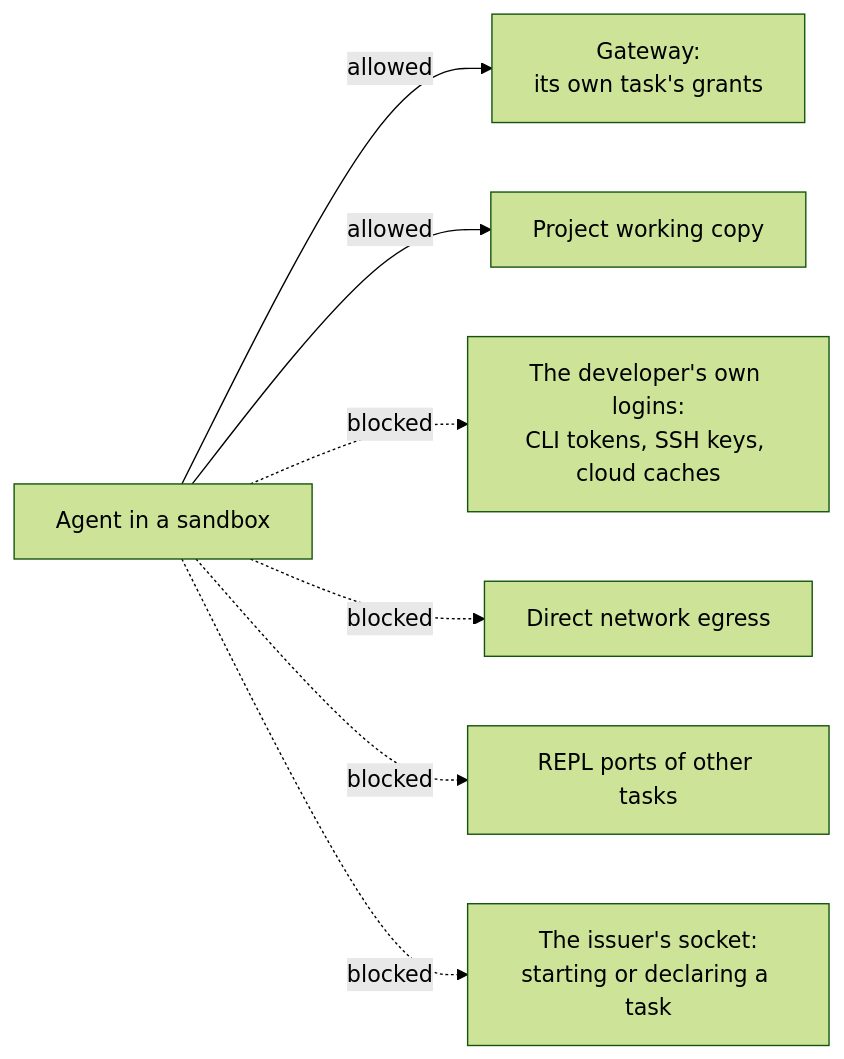
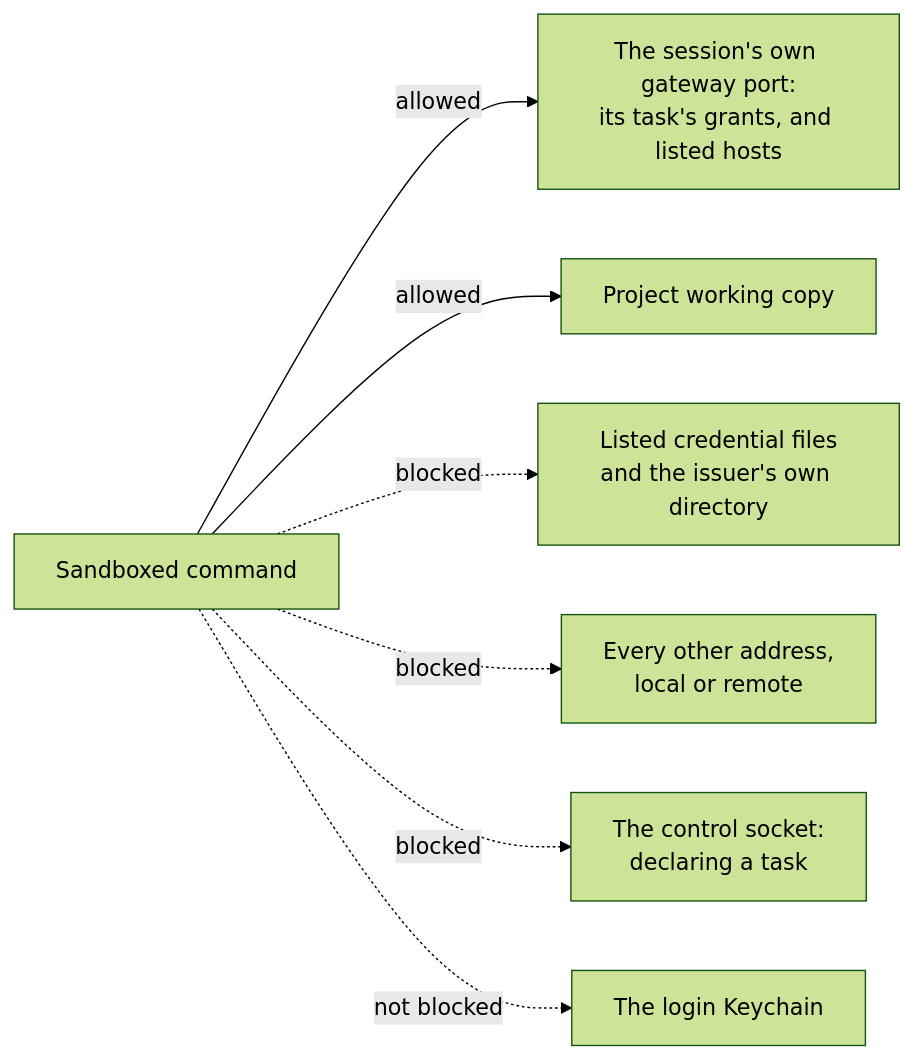
Before and after one commit to kirahowe/grants: the third of 4 diagrams in doc/threat-model.md, drawn with Mermaid (forest theme). The commit also changed other lines of this file, not shown here.

````diff
--- a/doc/threat-model.md
+++ b/doc/threat-model.md
@@ -134,10 +120,10 @@
 ```mermaid
 flowchart LR
-    AG["Agent in a sandbox"]
-    AG -->|allowed| GW["Gateway:<br/>its own task's grants"]
+    AG["Sandboxed command"]
+    AG -->|allowed| GW["The session's own gateway port:<br/>its task's grants, and listed hosts"]
     AG -->|allowed| WS["Project working copy"]
-    AG -. blocked .-> HOME["The developer's own logins:<br/>CLI tokens, SSH keys, cloud caches"]
-    AG -. blocked .-> NET["Direct network egress"]
-    AG -. blocked .-> REPL["REPL ports of other tasks"]
-    AG -. blocked .-> RUN["The issuer's socket:<br/>starting or declaring a task"]
+    AG -. blocked .-> HOME["Listed credential files<br/>and the issuer's own directory"]
+    AG -. blocked .-> NET["Every other address,<br/>local or remote"]
+    AG -. blocked .-> RUN["The control socket:<br/>declaring a task"]
+    AG -. "not blocked" .-> KC["The login Keychain"]
 ```
````
